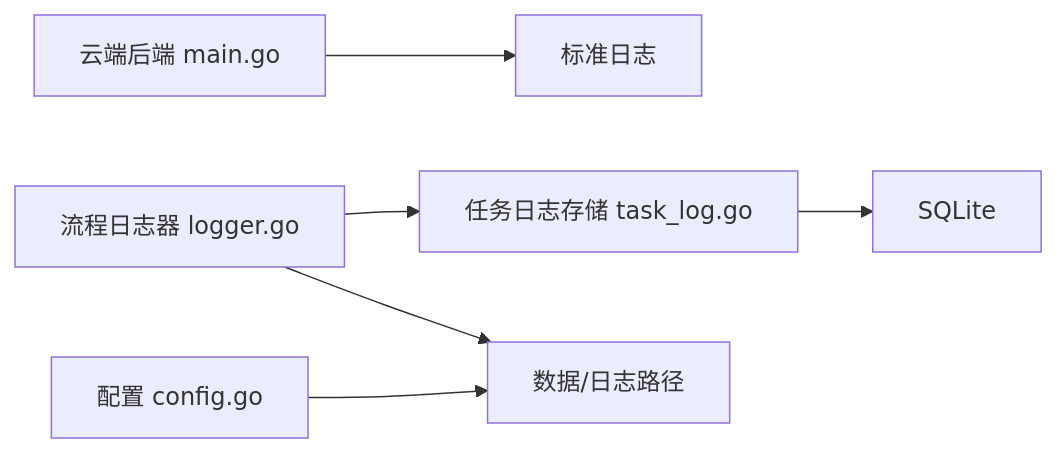
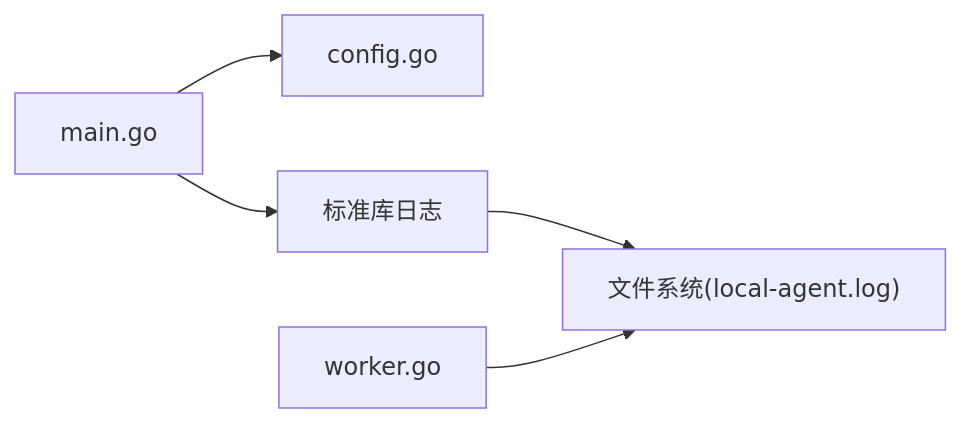
Before and after one commit to alvinwangzi/goodhr: the fourth of 4 diagrams in .qoder/repowiki/zh/content/本地执行器/核心架构/日志系统.md, drawn with Mermaid. The commit also changed other lines of this file and 149 other files, not shown here.

````diff
--- a/.qoder/repowiki/zh/content/本地执行器/核心架构/日志系统.md
+++ b/.qoder/repowiki/zh/content/本地执行器/核心架构/日志系统.md
@@ -196,8 +224,7 @@
 ```mermaid
 graph LR
-Main["云端后端 main.go"] --> StdLog["标准日志"]
-Logger["流程日志器 logger.go"] --> Store["任务日志存储 task_log.go"]
-Store --> DB["SQLite"]
-Config["配置 config.go"] --> Paths["数据/日志路径"]
-Logger --> Paths
+Main["main.go"] --> Cfg["config.go"]
+Main --> StdLog["标准库日志"]
+StdLog --> FS["文件系统(local-agent.log)"]
+Browser["worker.go"] --> FS
 ```
````
